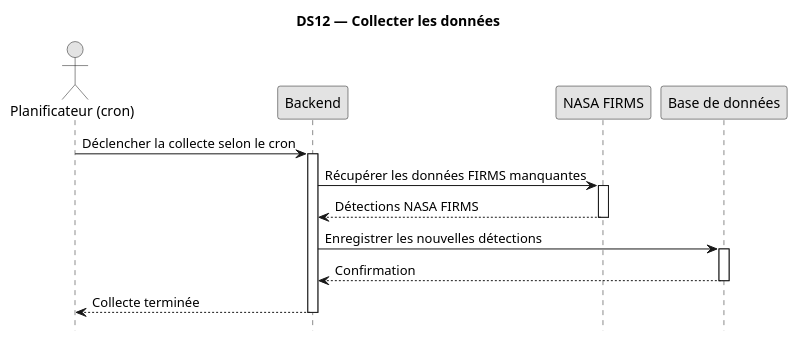
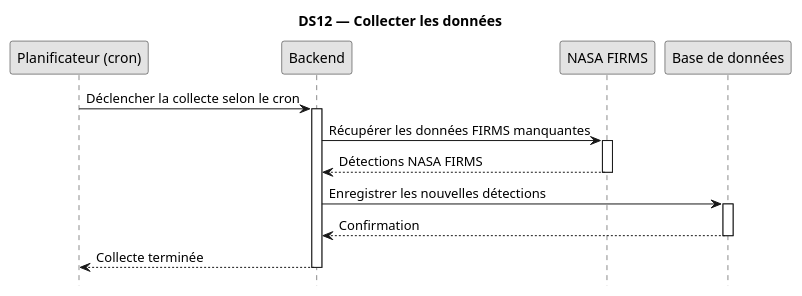
One commit to TkAbeleon/NoteAcemiqueProjetSoutenanceL3 changed the diagram in UML_JeryMotro/DS12_Collecter_donnees.plantuml. Above: the diagram before and after it, drawn with PlantUML.

Commit message:
fix(DS): corriger acteurs et spécifications dexécution UML

```diff
--- a/UML_JeryMotro/DS12_Collecter_donnees.plantuml
+++ b/UML_JeryMotro/DS12_Collecter_donnees.plantuml
@@ -1,26 +1,26 @@
 @startuml
 skinparam monochrome true
 
 title DS12 — Collecter les données
 hide footbox
 skinparam shadowing false
 
-actor "Planificateur (cron)" as C
+participant "Planificateur (cron)" as C
 participant "Backend" as B
 participant "NASA FIRMS" as N
 participant "Base de données" as DB
 
 C -> B : Déclencher la collecte selon le cron
 activate B
 B -> N : Récupérer les données FIRMS manquantes
 activate N
 N --> B : Détections NASA FIRMS
 deactivate N
 B -> DB : Enregistrer les nouvelles détections
 activate DB
 DB --> B : Confirmation
 deactivate DB
 B --> C : Collecte terminée
 deactivate B
 
 @enduml
```
